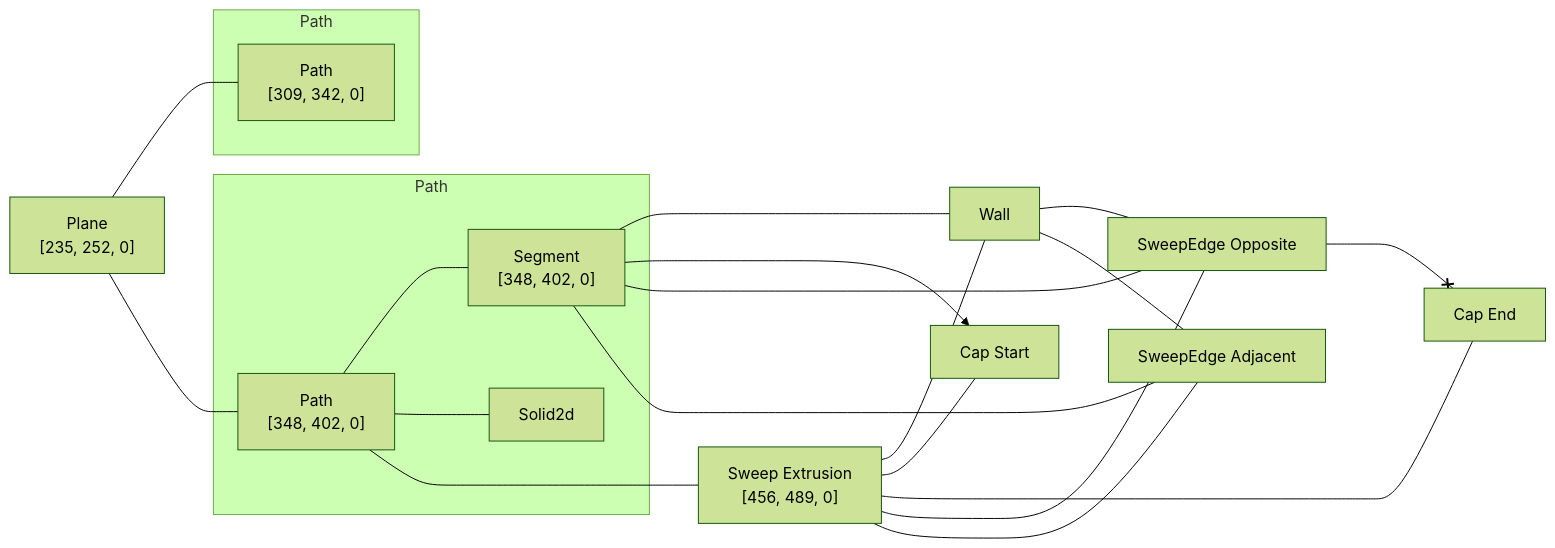
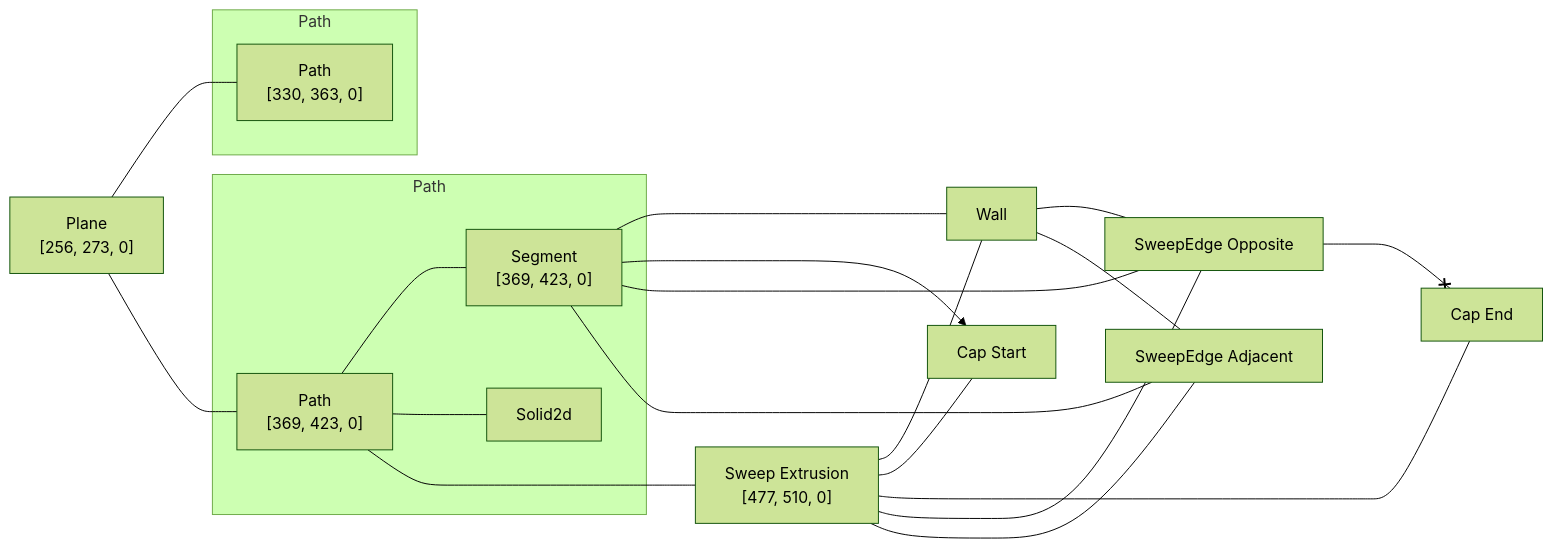
Before and after one commit to KittyCAD/modeling-app: the diagram in rust/kcl-lib/tests/kcl_samples/cylinder/artifact_graph_flowchart.snap.md, drawn with Mermaid (forest theme). The commit also changed 319 other files, not shown here.

````diff
--- a/rust/kcl-lib/tests/kcl_samples/cylinder/artifact_graph_flowchart.snap.md
+++ b/rust/kcl-lib/tests/kcl_samples/cylinder/artifact_graph_flowchart.snap.md
@@ -1,43 +1,43 @@
 ```mermaid
 flowchart LR
   subgraph path2 [Path]
-    2["Path<br>[309, 342, 0]"]
+    2["Path<br>[330, 363, 0]"]
       %% [ProgramBodyItem { index: 3 }, VariableDeclarationDeclaration, VariableDeclarationInit, PipeBodyItem { index: 0 }]
   end
   subgraph path3 [Path]
-    3["Path<br>[348, 402, 0]"]
+    3["Path<br>[369, 423, 0]"]
       %% [ProgramBodyItem { index: 3 }, VariableDeclarationDeclaration, VariableDeclarationInit, PipeBodyItem { index: 1 }]
-    4["Segment<br>[348, 402, 0]"]
+    4["Segment<br>[369, 423, 0]"]
       %% [ProgramBodyItem { index: 3 }, VariableDeclarationDeclaration, VariableDeclarationInit, PipeBodyItem { index: 1 }]
     5[Solid2d]
   end
-  1["Plane<br>[235, 252, 0]"]
+  1["Plane<br>[256, 273, 0]"]
     %% [ProgramBodyItem { index: 2 }, VariableDeclarationDeclaration, VariableDeclarationInit]
-  6["Sweep Extrusion<br>[456, 489, 0]"]
+  6["Sweep Extrusion<br>[477, 510, 0]"]
     %% [ProgramBodyItem { index: 4 }, VariableDeclarationDeclaration, VariableDeclarationInit]
   7[Wall]
     %% face_code_ref=Missing NodePath
   8["Cap Start"]
     %% face_code_ref=Missing NodePath
   9["Cap End"]
     %% face_code_ref=Missing NodePath
   10["SweepEdge Opposite"]
   11["SweepEdge Adjacent"]
   1 --- 2
   1 --- 3
   3 --- 4
   3 --- 5
   3 ---- 6
   4 --- 7
   4 x--> 8
   4 --- 10
   4 --- 11
   6 --- 7
   6 --- 8
   6 --- 9
   6 --- 10
   6 --- 11
   7 --- 10
   7 --- 11
   10 <--x 9
 ```
````
